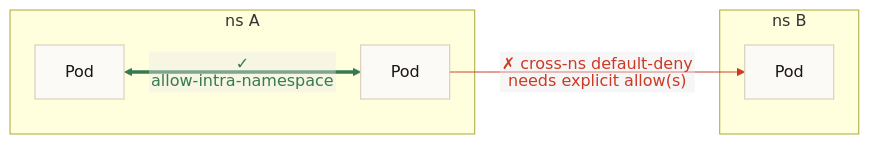
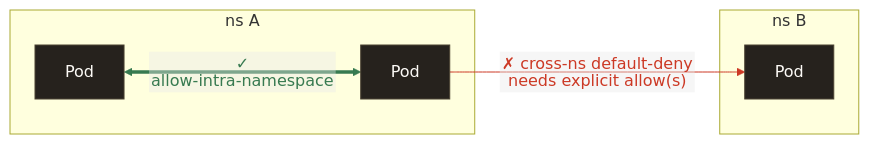
Before and after one commit to yu-min3/kensan-lab: the second of 3 diagrams in kubernetes/network/README.md, drawn with Mermaid. The commit also changed other lines of this file and 2 other files, not shown here.

````diff
--- a/kubernetes/network/README.md
+++ b/kubernetes/network/README.md
@@ -66,15 +66,15 @@
 ```mermaid
 %%{init: {"flowchart": {"htmlLabels": false}} }%%
 flowchart LR
     subgraph nsA["ns A"]
         A1[Pod] <==>|"✓ allow-intra-namespace"| A2[Pod]
     end
     subgraph nsB["ns B"]
         B1[Pod]
     end
     A2 -->|"✗ cross-ns default-deny<br/>needs explicit allow(s)"| B1
 
-    classDef default fill:#FCFAF6,stroke:#D2C9B5,color:#1A1714
+    classDef default fill:#26221D,stroke:#4A4232,color:#FCFAF6
     linkStyle 0 stroke:#377A50,color:#377A50
     linkStyle 1 stroke:#CC3925,color:#CC3925
 ```
````
